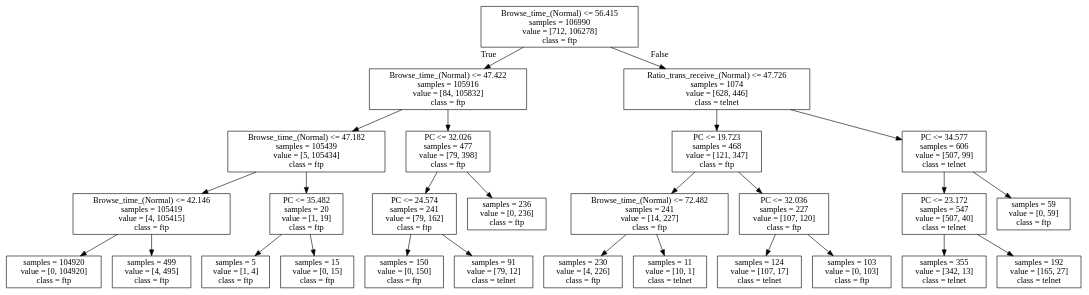
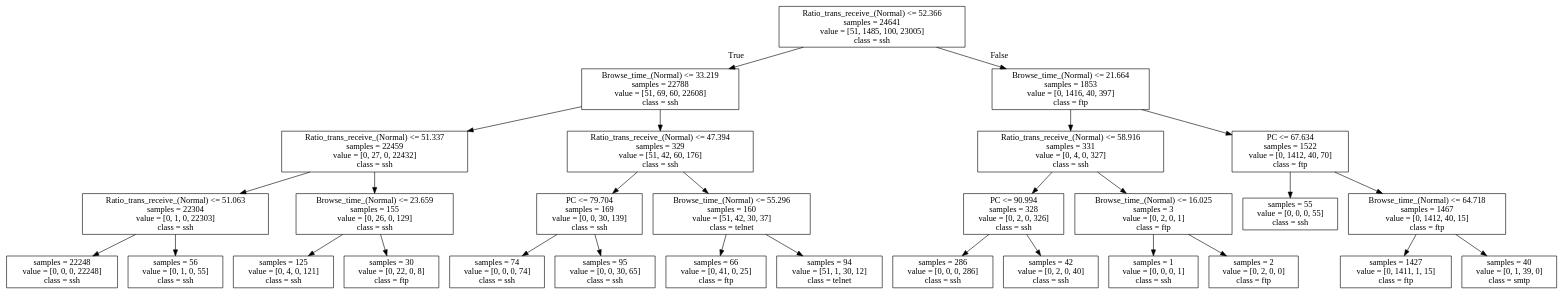
The diagram in Result_Best_IP_Port_Accuracy/DecisionTree.dot (junimirang/SSH-Predictive-Model), drawn with Graphviz before and after one commit. The commit also changed 47 other files, not shown here.

```diff
--- a/Result_Best_IP_Port_Accuracy/DecisionTree.dot
+++ b/Result_Best_IP_Port_Accuracy/DecisionTree.dot
@@ -1,56 +1,60 @@
 digraph Tree {
 node [shape=box] ;
-0 [label="Browse_time_(Normal) <= 56.415\nsamples = 106990\nvalue = [712, 106278]\nclass = ftp"] ;
-1 [label="Browse_time_(Normal) <= 47.422\nsamples = 105916\nvalue = [84, 105832]\nclass = ftp"] ;
+0 [label="Ratio_trans_receive_(Normal) <= 52.366\nsamples = 24641\nvalue = [51, 1485, 100, 23005]\nclass = ssh"] ;
+1 [label="Browse_time_(Normal) <= 33.219\nsamples = 22788\nvalue = [51, 69, 60, 22608]\nclass = ssh"] ;
 0 -> 1 [labeldistance=2.5, labelangle=45, headlabel="True"] ;
-2 [label="Browse_time_(Normal) <= 47.182\nsamples = 105439\nvalue = [5, 105434]\nclass = ftp"] ;
+2 [label="Ratio_trans_receive_(Normal) <= 51.337\nsamples = 22459\nvalue = [0, 27, 0, 22432]\nclass = ssh"] ;
 1 -> 2 ;
-3 [label="Browse_time_(Normal) <= 42.146\nsamples = 105419\nvalue = [4, 105415]\nclass = ftp"] ;
+3 [label="Ratio_trans_receive_(Normal) <= 51.063\nsamples = 22304\nvalue = [0, 1, 0, 22303]\nclass = ssh"] ;
 2 -> 3 ;
-4 [label="samples = 104920\nvalue = [0, 104920]\nclass = ftp"] ;
+4 [label="samples = 22248\nvalue = [0, 0, 0, 22248]\nclass = ssh"] ;
 3 -> 4 ;
-5 [label="samples = 499\nvalue = [4, 495]\nclass = ftp"] ;
+5 [label="samples = 56\nvalue = [0, 1, 0, 55]\nclass = ssh"] ;
 3 -> 5 ;
-6 [label="PC <= 35.482\nsamples = 20\nvalue = [1, 19]\nclass = ftp"] ;
+6 [label="Browse_time_(Normal) <= 23.659\nsamples = 155\nvalue = [0, 26, 0, 129]\nclass = ssh"] ;
 2 -> 6 ;
-7 [label="samples = 5\nvalue = [1, 4]\nclass = ftp"] ;
+7 [label="samples = 125\nvalue = [0, 4, 0, 121]\nclass = ssh"] ;
 6 -> 7 ;
-8 [label="samples = 15\nvalue = [0, 15]\nclass = ftp"] ;
+8 [label="samples = 30\nvalue = [0, 22, 0, 8]\nclass = ftp"] ;
 6 -> 8 ;
-9 [label="PC <= 32.026\nsamples = 477\nvalue = [79, 398]\nclass = ftp"] ;
+9 [label="Ratio_trans_receive_(Normal) <= 47.394\nsamples = 329\nvalue = [51, 42, 60, 176]\nclass = ssh"] ;
 1 -> 9 ;
-10 [label="PC <= 24.574\nsamples = 241\nvalue = [79, 162]\nclass = ftp"] ;
+10 [label="PC <= 79.704\nsamples = 169\nvalue = [0, 0, 30, 139]\nclass = ssh"] ;
 9 -> 10 ;
-11 [label="samples = 150\nvalue = [0, 150]\nclass = ftp"] ;
+11 [label="samples = 74\nvalue = [0, 0, 0, 74]\nclass = ssh"] ;
 10 -> 11 ;
-12 [label="samples = 91\nvalue = [79, 12]\nclass = telnet"] ;
+12 [label="samples = 95\nvalue = [0, 0, 30, 65]\nclass = ssh"] ;
 10 -> 12 ;
-13 [label="samples = 236\nvalue = [0, 236]\nclass = ftp"] ;
+13 [label="Browse_time_(Normal) <= 55.296\nsamples = 160\nvalue = [51, 42, 30, 37]\nclass = telnet"] ;
 9 -> 13 ;
-14 [label="Ratio_trans_receive_(Normal) <= 47.726\nsamples = 1074\nvalue = [628, 446]\nclass = telnet"] ;
-0 -> 14 [labeldistance=2.5, labelangle=-45, headlabel="False"] ;
-15 [label="PC <= 19.723\nsamples = 468\nvalue = [121, 347]\nclass = ftp"] ;
-14 -> 15 ;
-16 [label="Browse_time_(Normal) <= 72.482\nsamples = 241\nvalue = [14, 227]\nclass = ftp"] ;
-15 -> 16 ;
-17 [label="samples = 230\nvalue = [4, 226]\nclass = ftp"] ;
+14 [label="samples = 66\nvalue = [0, 41, 0, 25]\nclass = ftp"] ;
+13 -> 14 ;
+15 [label="samples = 94\nvalue = [51, 1, 30, 12]\nclass = telnet"] ;
+13 -> 15 ;
+16 [label="Browse_time_(Normal) <= 21.664\nsamples = 1853\nvalue = [0, 1416, 40, 397]\nclass = ftp"] ;
+0 -> 16 [labeldistance=2.5, labelangle=-45, headlabel="False"] ;
+17 [label="Ratio_trans_receive_(Normal) <= 58.916\nsamples = 331\nvalue = [0, 4, 0, 327]\nclass = ssh"] ;
 16 -> 17 ;
-18 [label="samples = 11\nvalue = [10, 1]\nclass = telnet"] ;
-16 -> 18 ;
-19 [label="PC <= 32.036\nsamples = 227\nvalue = [107, 120]\nclass = ftp"] ;
-15 -> 19 ;
-20 [label="samples = 124\nvalue = [107, 17]\nclass = telnet"] ;
-19 -> 20 ;
-21 [label="samples = 103\nvalue = [0, 103]\nclass = ftp"] ;
-19 -> 21 ;
-22 [label="PC <= 34.577\nsamples = 606\nvalue = [507, 99]\nclass = telnet"] ;
-14 -> 22 ;
-23 [label="PC <= 23.172\nsamples = 547\nvalue = [507, 40]\nclass = telnet"] ;
-22 -> 23 ;
-24 [label="samples = 355\nvalue = [342, 13]\nclass = telnet"] ;
-23 -> 24 ;
-25 [label="samples = 192\nvalue = [165, 27]\nclass = telnet"] ;
-23 -> 25 ;
-26 [label="samples = 59\nvalue = [0, 59]\nclass = ftp"] ;
-22 -> 26 ;
+18 [label="PC <= 90.994\nsamples = 328\nvalue = [0, 2, 0, 326]\nclass = ssh"] ;
+17 -> 18 ;
+19 [label="samples = 286\nvalue = [0, 0, 0, 286]\nclass = ssh"] ;
+18 -> 19 ;
+20 [label="samples = 42\nvalue = [0, 2, 0, 40]\nclass = ssh"] ;
+18 -> 20 ;
+21 [label="Browse_time_(Normal) <= 16.025\nsamples = 3\nvalue = [0, 2, 0, 1]\nclass = ftp"] ;
+17 -> 21 ;
+22 [label="samples = 1\nvalue = [0, 0, 0, 1]\nclass = ssh"] ;
+21 -> 22 ;
+23 [label="samples = 2\nvalue = [0, 2, 0, 0]\nclass = ftp"] ;
+21 -> 23 ;
+24 [label="PC <= 67.634\nsamples = 1522\nvalue = [0, 1412, 40, 70]\nclass = ftp"] ;
+16 -> 24 ;
+25 [label="samples = 55\nvalue = [0, 0, 0, 55]\nclass = ssh"] ;
+24 -> 25 ;
+26 [label="Browse_time_(Normal) <= 64.718\nsamples = 1467\nvalue = [0, 1412, 40, 15]\nclass = ftp"] ;
+24 -> 26 ;
+27 [label="samples = 1427\nvalue = [0, 1411, 1, 15]\nclass = ftp"] ;
+26 -> 27 ;
+28 [label="samples = 40\nvalue = [0, 1, 39, 0]\nclass = smtp"] ;
+26 -> 28 ;
 }
```
